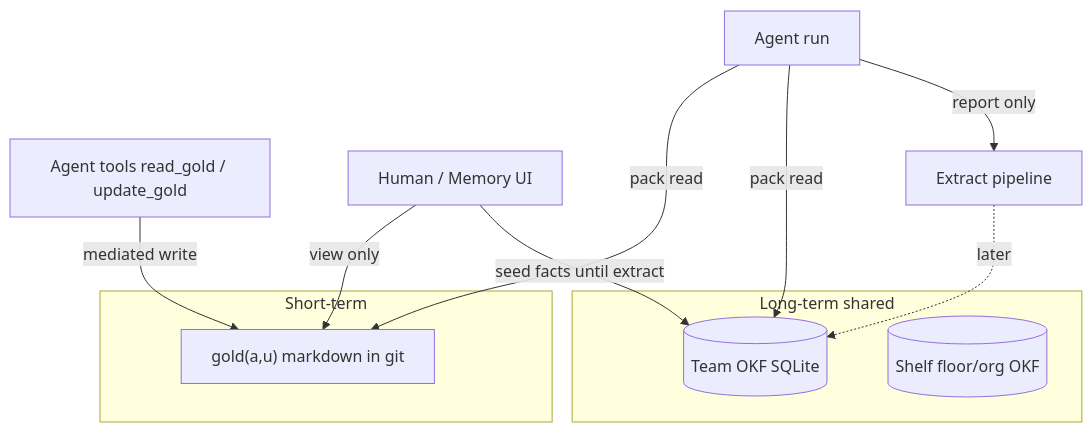
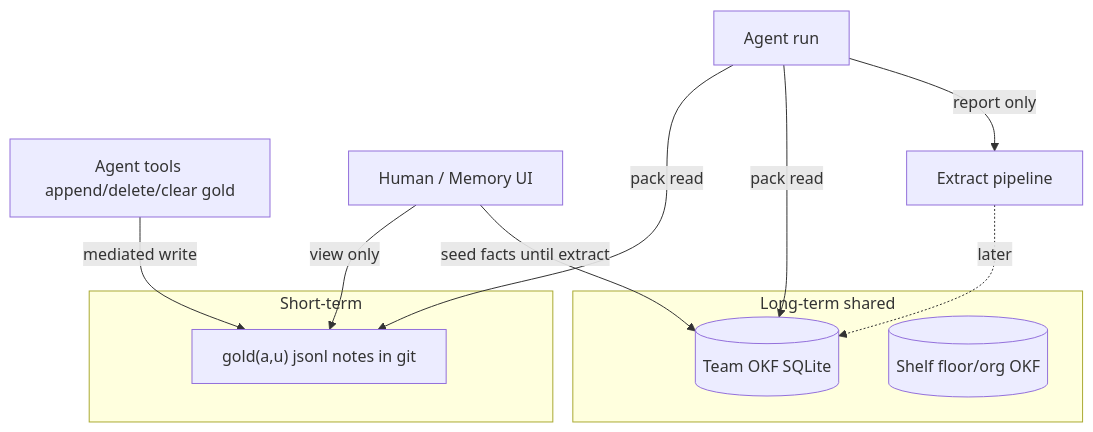
The first of 4 diagrams in docs/architecture/04_MEMORY.md (abhishekjasani/AgentAnyStack), drawn with Mermaid before and after one commit. The commit also changed other lines of this file and 12 other files, not shown here.

First line of the commit message:
Refactor gold note management: replace update_gold with append_gold, delete_gold, and clear_gold

````diff
--- a/docs/architecture/04_MEMORY.md
+++ b/docs/architecture/04_MEMORY.md
@@ -5,17 +5,17 @@
 ```mermaid
 flowchart TB
     subgraph short [Short-term]
-        G["gold(a,u) markdown in git"]
+        G["gold(a,u) jsonl notes in git"]
     end
     subgraph long [Long-term shared]
         T[(Team OKF SQLite)]
         S[(Shelf floor/org OKF)]
     end
-    AGENT[Agent tools read_gold / update_gold] -->|mediated write| G
+    AGENT[Agent tools append/delete/clear gold] -->|mediated write| G
     HUMAN[Human / Memory UI] -->|view only| G
     HUMAN -->|seed facts until extract| T
     RUN[Agent run] -->|pack read| G
     RUN -->|pack read| T
     RUN -->|report only| PIPE[Extract pipeline]
     PIPE -.->|later| T
 ```
````
